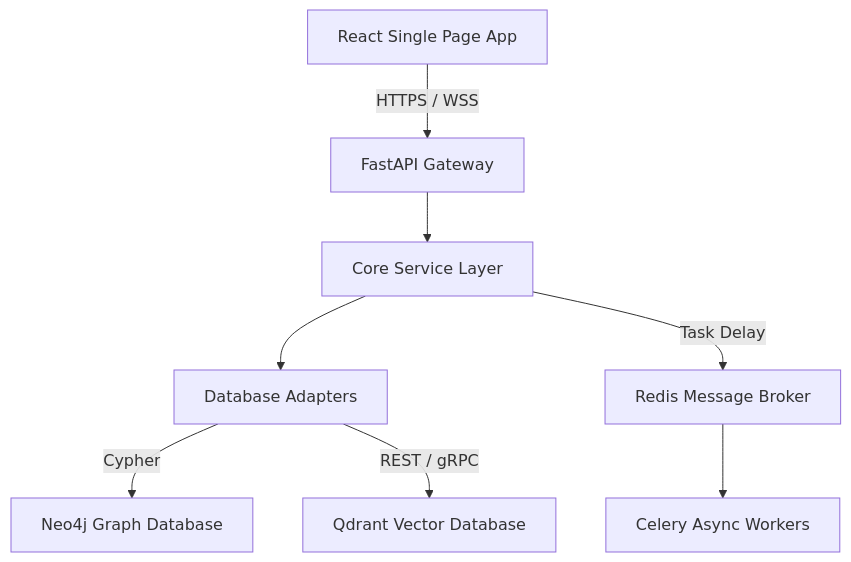
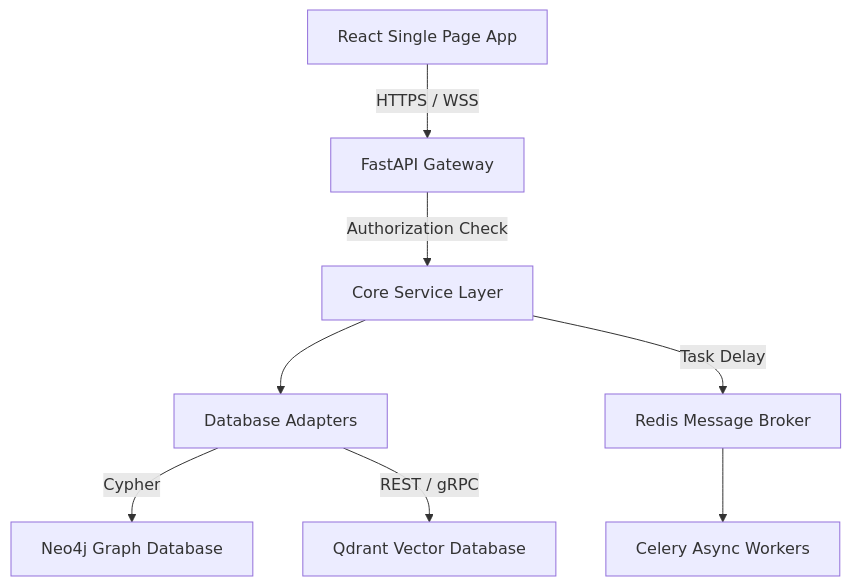
The diagram in wiki_repo/02_ENGINEERING_KNOWLEDGE.md (rjmad1/DocSphere), drawn with Mermaid before and after one commit. The commit also changed other lines of this file and 32 other files, not shown here.

````diff
--- a/wiki_repo/02_ENGINEERING_KNOWLEDGE.md
+++ b/wiki_repo/02_ENGINEERING_KNOWLEDGE.md
@@ -10,10 +10,10 @@
 ```mermaid
 graph TD
     A[React Single Page App] -->|HTTPS / WSS| B[FastAPI Gateway]
-    B --> C[Core Service Layer]
+    B -->|Authorization Check| C[Core Service Layer]
     C --> D[Database Adapters]
     D -->|Cypher| E[Neo4j Graph Database]
     D -->|REST / gRPC| F[Qdrant Vector Database]
     C -->|Task Delay| G[Redis Message Broker]
     G --> H[Celery Async Workers]
 ```
````
